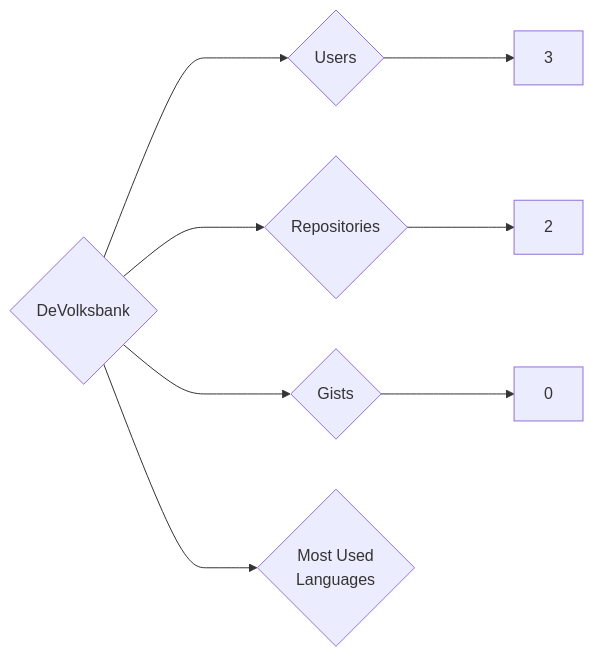
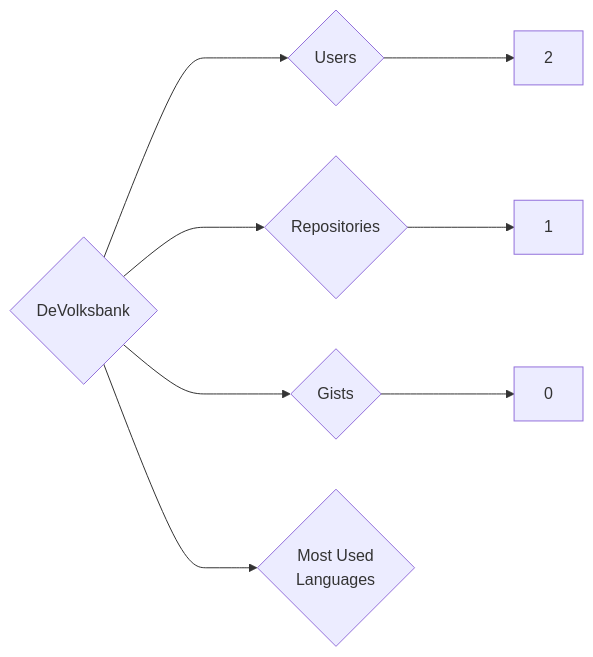
The diagram in targets/DeVolksbank/README.md (trickest/insiders), drawn with Mermaid before and after one commit. The commit also changed 934 other files, not shown here.

````diff
--- a/targets/DeVolksbank/README.md
+++ b/targets/DeVolksbank/README.md
@@ -3,8 +3,8 @@
 ```mermaid
 graph LR
 COMPANY_NAME{DeVolksbank}
-COMPANY_NAME ---> U{Users} ---> UN[3]
-COMPANY_NAME ---> R{Repositories} ---> RN[2]
+COMPANY_NAME ---> U{Users} ---> UN[2]
+COMPANY_NAME ---> R{Repositories} ---> RN[1]
 COMPANY_NAME ---> G{Gists} ---> GN[0]
 COMPANY_NAME ---> ML{Most Used<br>Languages}
 ```
````
